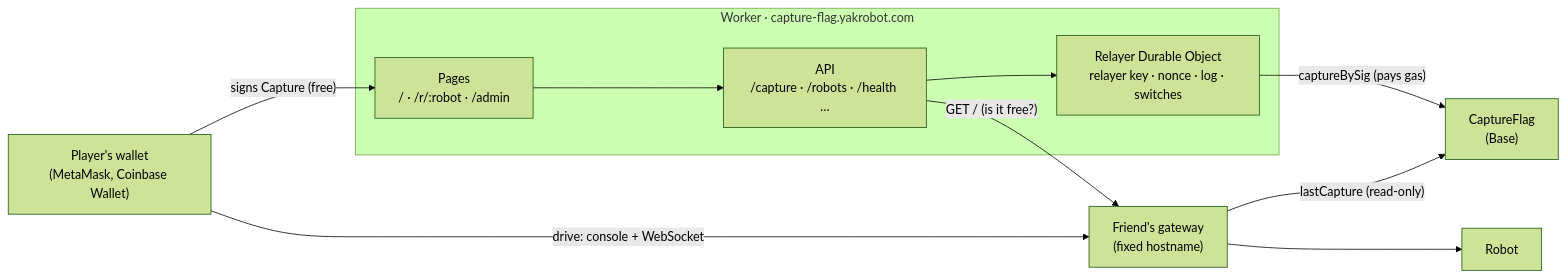
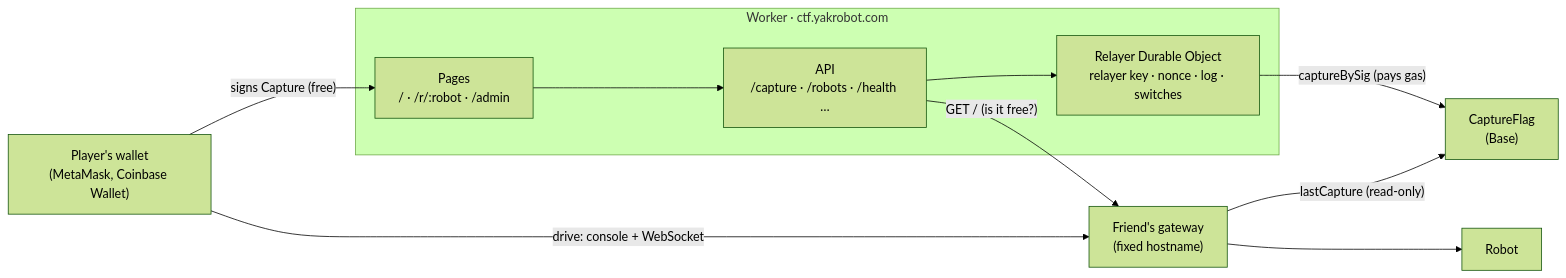
The first of 2 diagrams in docs/architecture.md (pi-drg/yakrobot-capture-flag), drawn with Mermaid (forest theme) before and after one commit. The commit also changed other lines of this file and 2 other files, not shown here.

First line of the commit message:
Serve the game at ctf.yakrobot.com

````diff
--- a/docs/architecture.md
+++ b/docs/architecture.md
@@ -15,20 +15,20 @@
 ```mermaid
 flowchart LR
   P["Player's wallet<br/>(MetaMask, Coinbase Wallet)"]
-  subgraph W["Worker · capture-flag.yakrobot.com"]
+  subgraph W["Worker · ctf.yakrobot.com"]
     Pages["Pages<br/>/ · /r/:robot · /admin"]
     API["API<br/>/capture · /robots · /health …"]
     DO["Relayer Durable Object<br/>relayer key · nonce · log · switches"]
   end
   C["CaptureFlag<br/>(Base)"]
   G["Friend's gateway<br/>(fixed hostname)"]
   R["Robot"]
 
   P -- "signs Capture (free)" --> Pages
   Pages --> API --> DO
   DO -- "captureBySig (pays gas)" --> C
   API -- "GET / (is it free?)" --> G
   P -- "drive: console + WebSocket" --> G
   G -- "lastCapture (read-only)" --> C
   G --> R
 ```
````
